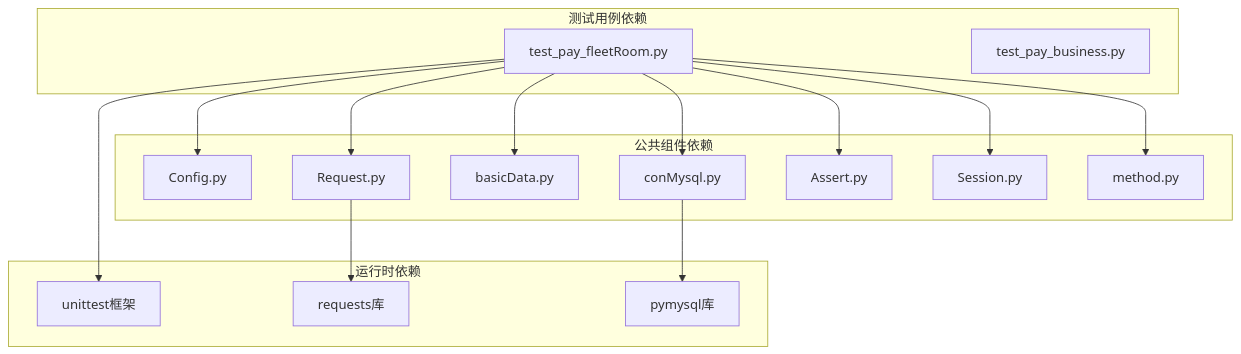
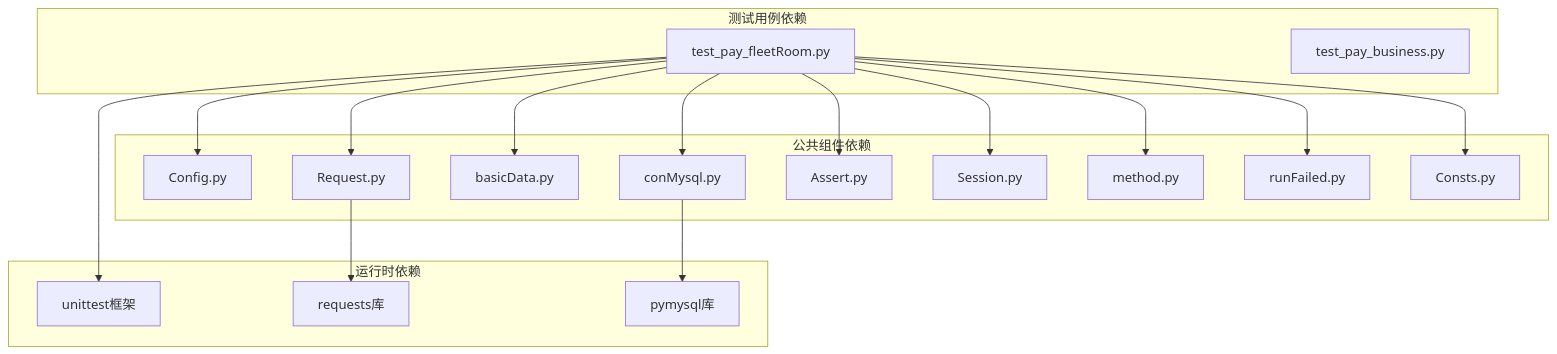
The tenth of 10 diagrams in .qoder/repowiki/zh/content/支付测试用例/房间支付测试/舰队房支付测试.md (liximing1-ola/qa-payTest), drawn with Mermaid before and after one commit. The commit also changed other lines of this file and 103 other files, not shown here.

````diff
--- a/.qoder/repowiki/zh/content/支付测试用例/房间支付测试/舰队房支付测试.md
+++ b/.qoder/repowiki/zh/content/支付测试用例/房间支付测试/舰队房支付测试.md
@@ -309,31 +409,35 @@
 ```mermaid
 graph TB
 subgraph "测试用例依赖"
 T1[test_pay_fleetRoom.py]
 T2[test_pay_business.py]
 end
 subgraph "公共组件依赖"
 C1[Config.py]
 C2[Request.py]
 C3[basicData.py]
 C4[conMysql.py]
 C5[Assert.py]
 C6[Session.py]
 C7[method.py]
+C8[runFailed.py]
+C9[Consts.py]
 end
 subgraph "运行时依赖"
 R1[unittest框架]
 R2[requests库]
 R3[pymysql库]
 end
 T1 --> C1
 T1 --> C2
 T1 --> C3
 T1 --> C4
 T1 --> C5
 T1 --> C6
 T1 --> C7
+T1 --> C8
+T1 --> C9
 C2 --> R2
 C4 --> R3
 T1 --> R1
 ```
````
